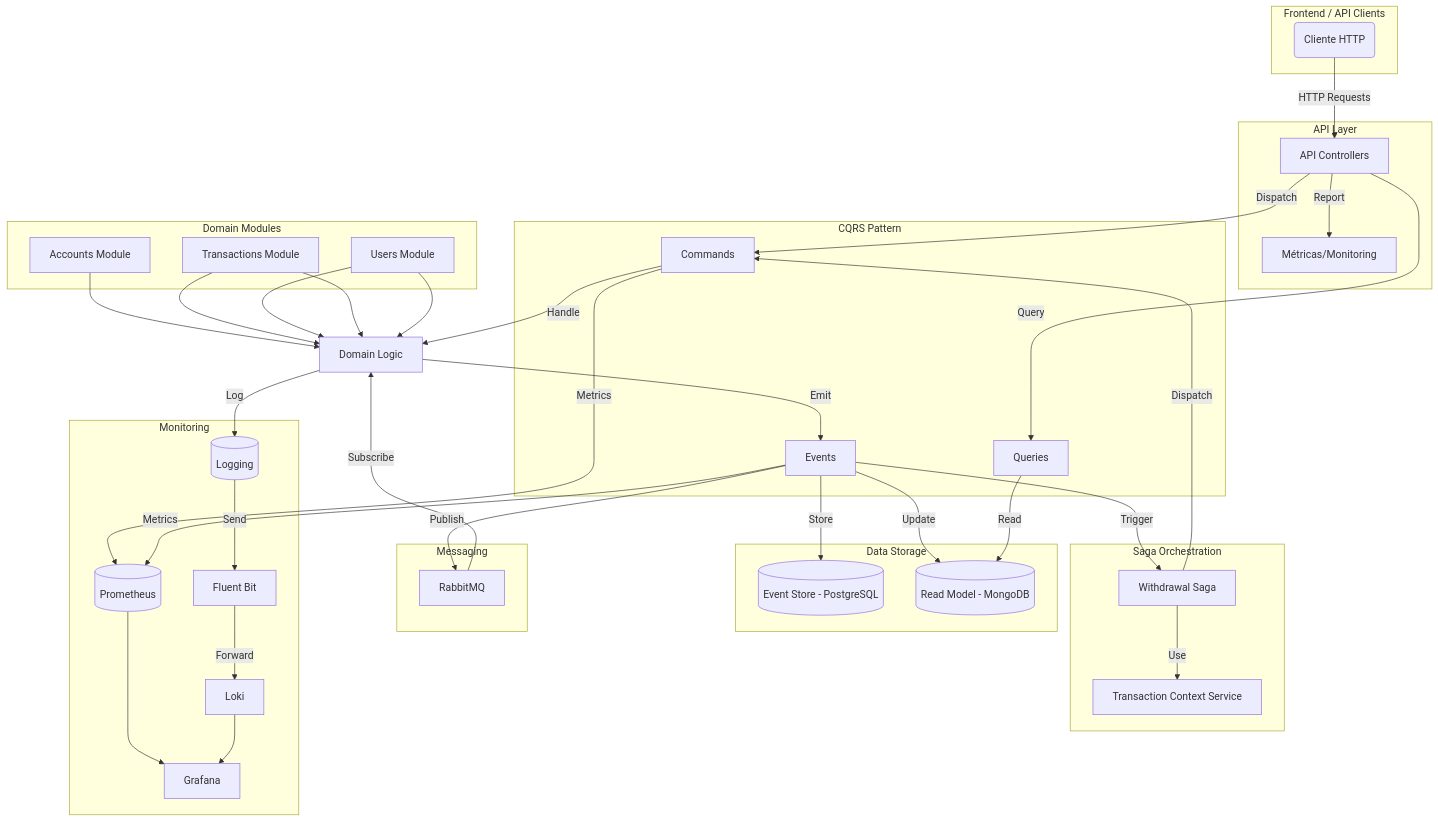
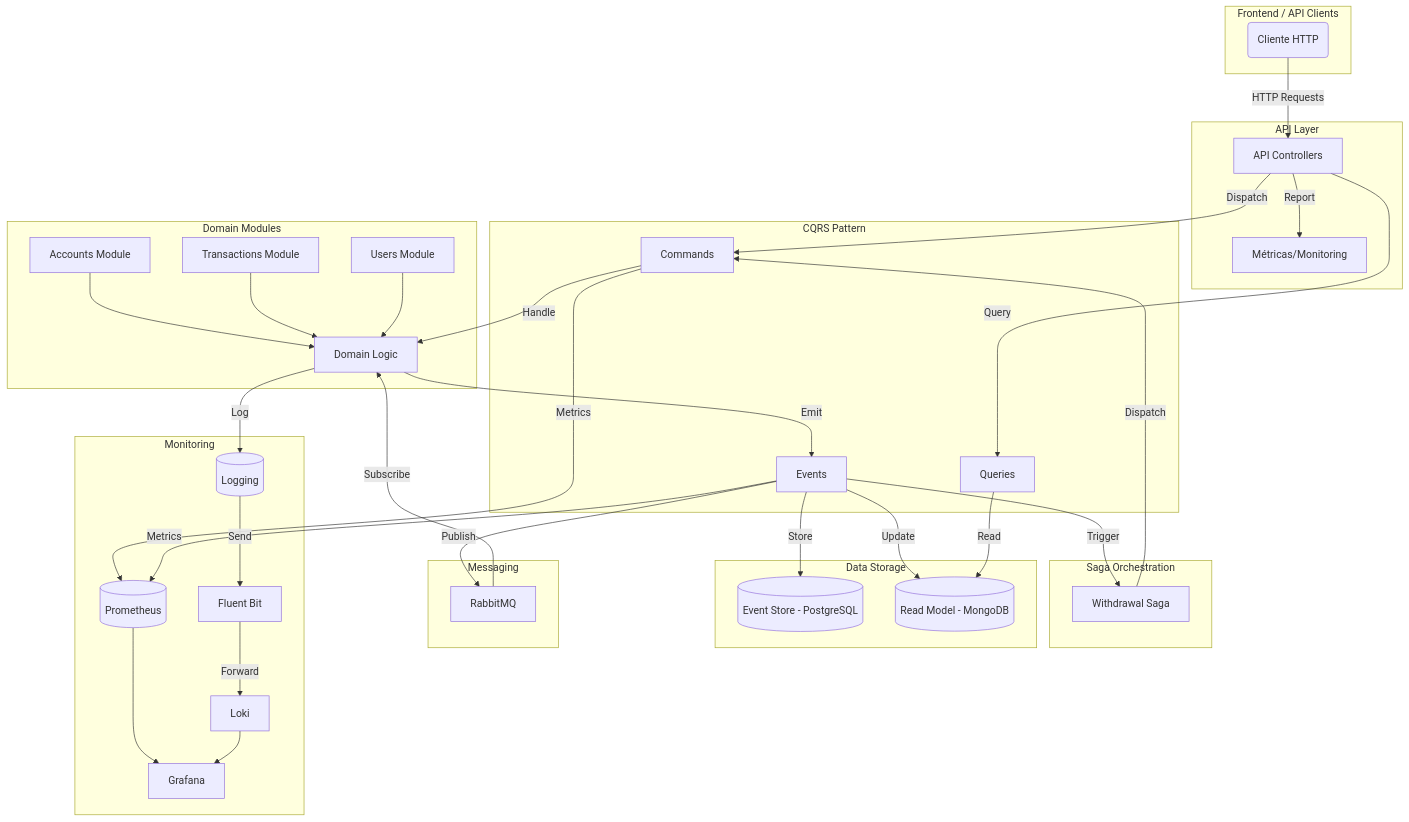
Before and after one commit to ferreirase/cqrs-es-poc: the first of 5 diagrams in README.md, drawn with Mermaid. The commit also changed other lines of this file and 1 other file, not shown here.

````diff
--- a/README.md
+++ b/README.md
@@ -290,79 +290,75 @@
 ```mermaid
 graph TB
     subgraph "Frontend / API Clients"
         Client(Cliente HTTP)
     end
 
     subgraph "API Layer"
         API[API Controllers]
         Metrics[Métricas/Monitoring]
     end
 
     subgraph "CQRS Pattern"
         Commands[Commands]
         Events[Events]
         Queries[Queries]
     end
 
     subgraph "Domain Modules"
         AccountsModule[Accounts Module]
         TransactionsModule[Transactions Module]
         UsersModule[Users Module]
+        Domain[Domain Logic]
     end
 
     subgraph "Saga Orchestration"
         WithdrawalSaga[Withdrawal Saga]
-        TransactionContext[Transaction Context Service]
     end
 
     subgraph "Data Storage"
         EventStore[(Event Store - PostgreSQL)]
         ReadModel[(Read Model - MongoDB)]
     end
 
     subgraph "Messaging"
         RabbitMQ[RabbitMQ]
     end
 
     subgraph "Monitoring"
         Prometheus[(Prometheus)]
         Logging[(Logging)]
         Grafana[Grafana]
         Loki[Loki]
         FluentBit[Fluent Bit]
     end
 
     Client -->|HTTP Requests| API
     API -->|Dispatch| Commands
     API -->|Query| Queries
 
     Commands -->|Handle| Domain
     Domain -->|Emit| Events
     Events -->|Update| ReadModel
     Events -->|Store| EventStore
 
     Events -->|Trigger| WithdrawalSaga
-    WithdrawalSaga -->|Use| TransactionContext
     WithdrawalSaga -->|Dispatch| Commands
 
     Events -->|Publish| RabbitMQ
     RabbitMQ -->|Subscribe| Domain
 
     API -->|Report| Metrics
     Commands -->|Metrics| Prometheus
     Events -->|Metrics| Prometheus
     Domain -->|Log| Logging
     Logging -->|Send| FluentBit
     FluentBit -->|Forward| Loki
     Prometheus --> Grafana
     Loki --> Grafana
 
     Queries -->|Read| ReadModel
 
-    Domain[Domain Logic]
     AccountsModule --> Domain
     TransactionsModule --> Domain
     UsersModule --> Domain
-    TransactionsModule --> Domain
-    UsersModule --> Domain
 ```
````
